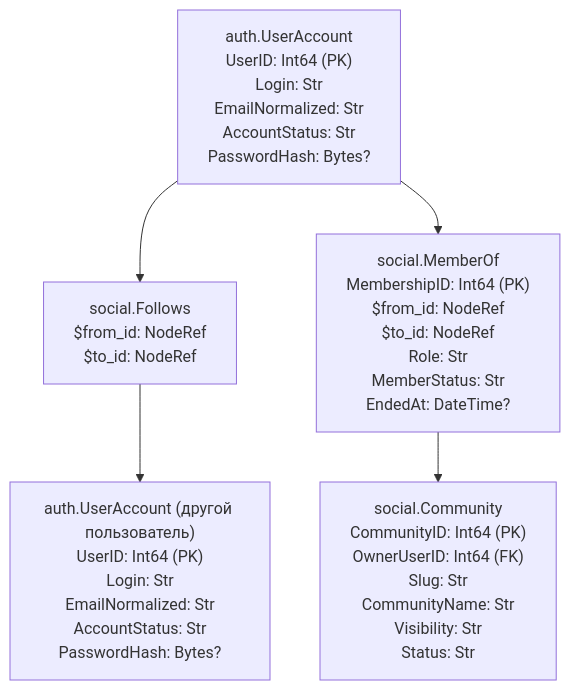
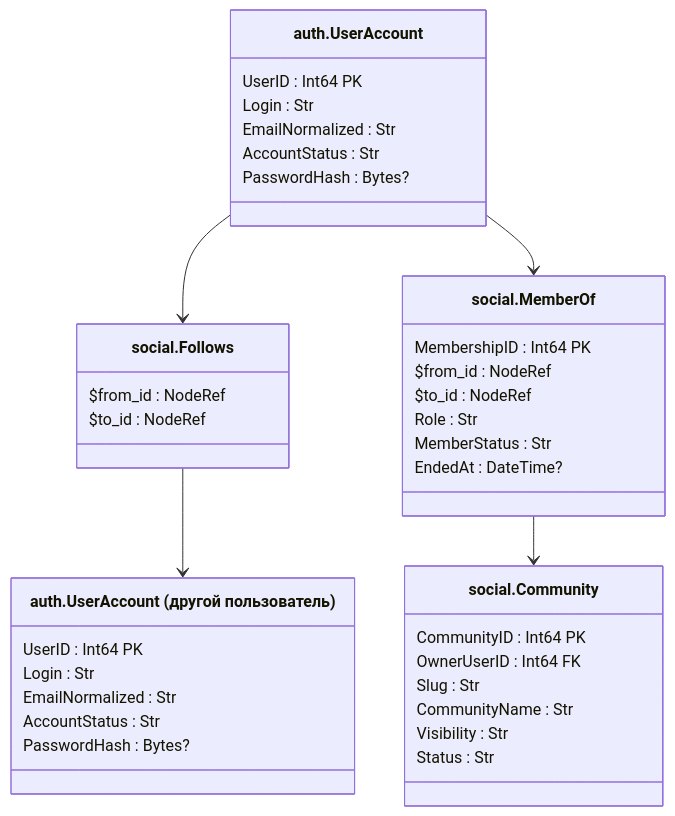
One commit to lkeey/BIVT-labs changed the second of 15 diagrams in 03SQL-CourseWork/architecture/database-model.md. Above: the diagram before and after it, drawn with Mermaid. The commit also changed other lines of this file, not shown here.

Commit message:
docs: center database table titles in diagrams

```diff
--- a/03SQL-CourseWork/architecture/database-model.md
+++ b/03SQL-CourseWork/architecture/database-model.md
@@ -26,10 +48,42 @@
 ~~~mermaid
-flowchart TB
-    U["auth.UserAccount<br/>UserID: Int64 (PK)<br/>Login: Str<br/>EmailNormalized: Str<br/>AccountStatus: Str<br/>PasswordHash: Bytes?"]
-    F["social.Follows<br/>$from_id: NodeRef<br/>$to_id: NodeRef"]
-    U2["auth.UserAccount (другой пользователь)<br/>UserID: Int64 (PK)<br/>Login: Str<br/>EmailNormalized: Str<br/>AccountStatus: Str<br/>PasswordHash: Bytes?"]
-    M["social.MemberOf<br/>MembershipID: Int64 (PK)<br/>$from_id: NodeRef<br/>$to_id: NodeRef<br/>Role: Str<br/>MemberStatus: Str<br/>EndedAt: DateTime?"]
-    C["social.Community<br/>CommunityID: Int64 (PK)<br/>OwnerUserID: Int64 (FK)<br/>Slug: Str<br/>CommunityName: Str<br/>Visibility: Str<br/>Status: Str"]
-    U --> F --> U2
-    U --> M --> C
+classDiagram
+    direction TB
+    class U["auth.UserAccount"] {
+        UserID : Int64 PK
+        Login : Str
+        EmailNormalized : Str
+        AccountStatus : Str
+        PasswordHash : Bytes?
+    }
+    class F["social.Follows"] {
+        $from_id : NodeRef
+        $to_id : NodeRef
+    }
+    class U2["auth.UserAccount (другой пользователь)"] {
+        UserID : Int64 PK
+        Login : Str
+        EmailNormalized : Str
+        AccountStatus : Str
+        PasswordHash : Bytes?
+    }
+    class M["social.MemberOf"] {
+        MembershipID : Int64 PK
+        $from_id : NodeRef
+        $to_id : NodeRef
+        Role : Str
+        MemberStatus : Str
+        EndedAt : DateTime?
+    }
+    class C["social.Community"] {
+        CommunityID : Int64 PK
+        OwnerUserID : Int64 FK
+        Slug : Str
+        CommunityName : Str
+        Visibility : Str
+        Status : Str
+    }
+    U --> F
+    F --> U2
+    U --> M
+    M --> C
 ~~~
```
